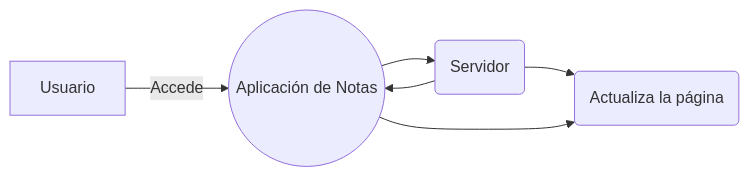
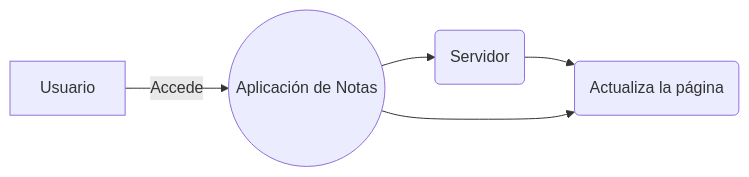
The second of 3 diagrams in README.md (OmAn94/Markdown), drawn with Mermaid before and after one commit.

````diff
--- a/README.md
+++ b/README.md
@@ -24,9 +24,8 @@
 ```mermaid
 
 graph LR
     A[Usuario] -- Accede --> B((Aplicación de Notas))
     B --> C(Servidor) --> D(Actualiza la página)
-    C --> B
     B --> D(Actualiza la página)
 
 ```
````
